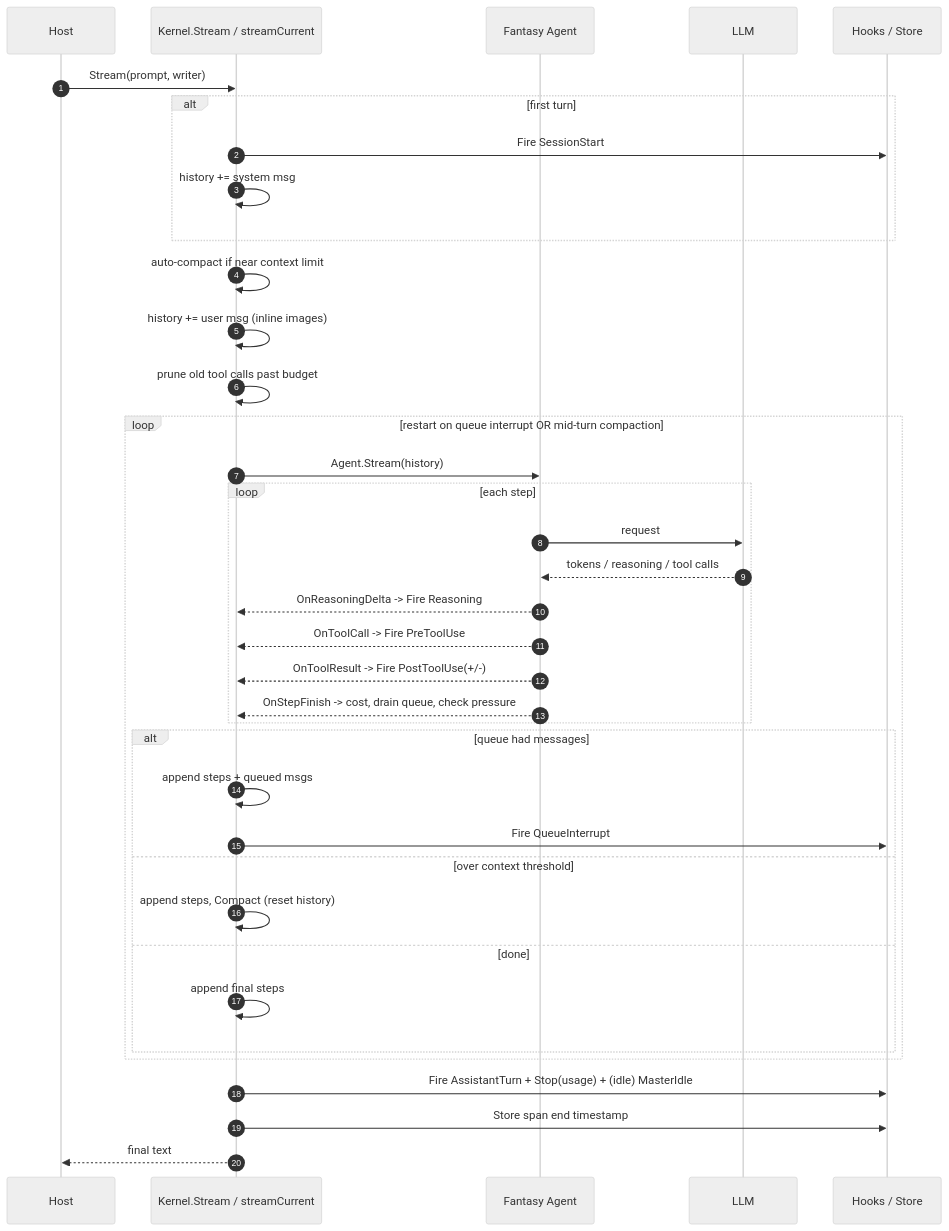
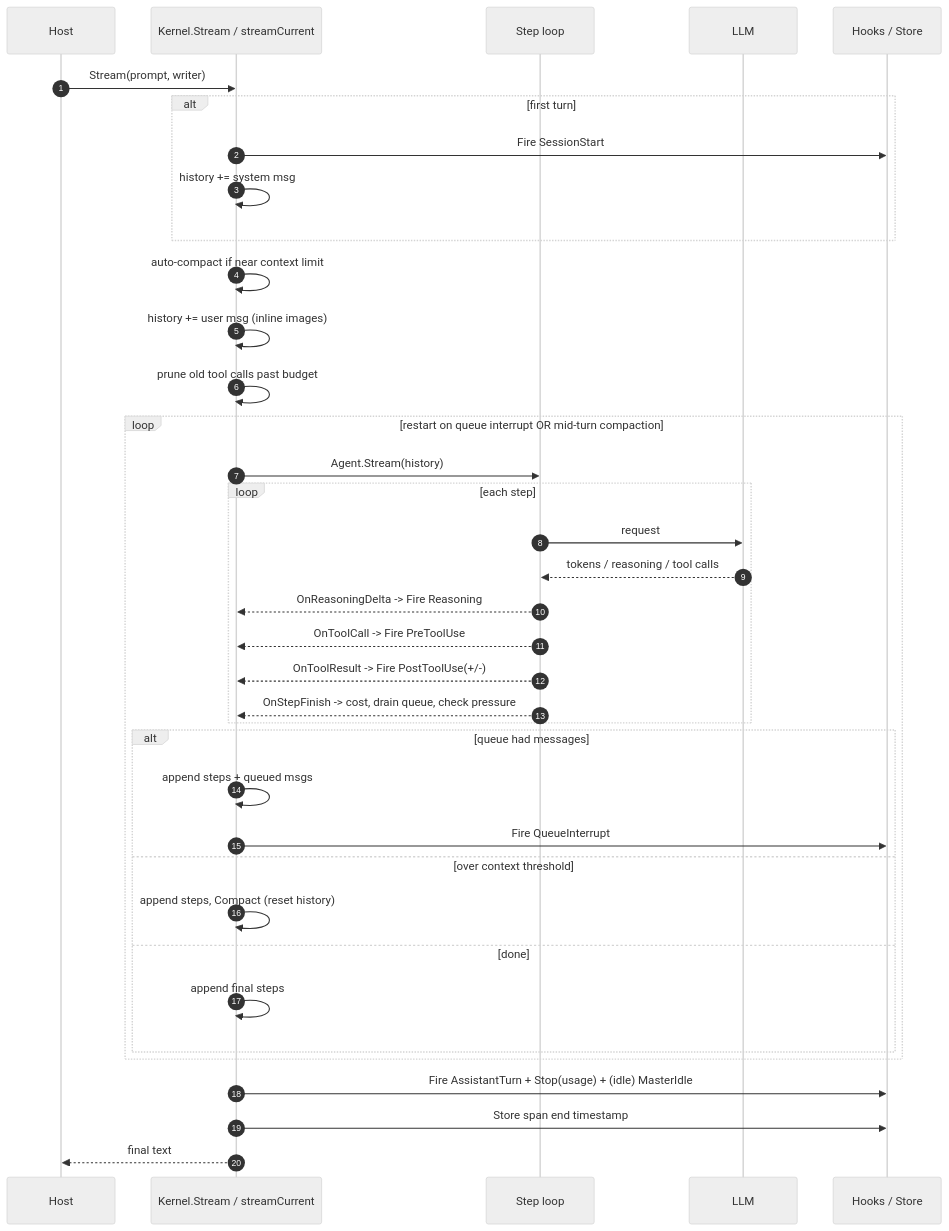
One commit to yashbonde/toroid-kernel changed the second of 7 diagrams in assets/ARCHITECTURE.md. Above: the diagram before and after it, drawn with Mermaid (neutral theme). The commit also changed other lines of this file and 76 other files, not shown here.

````diff
--- a/assets/ARCHITECTURE.md
+++ b/assets/ARCHITECTURE.md
@@ -67,42 +67,42 @@
 ```mermaid
 sequenceDiagram
   autonumber
   participant H as Host
   participant K as Kernel.Stream / streamCurrent
-  participant F as Fantasy Agent
+  participant F as Step loop
   participant L as LLM
   participant B as Hooks / Store
 
   H->>K: Stream(prompt, writer)
   alt first turn
     K->>B: Fire SessionStart
     K->>K: history += system msg
   end
   K->>K: auto-compact if near context limit
   K->>K: history += user msg (inline images)
   K->>K: prune old tool calls past budget
 
   loop restart on queue interrupt OR mid-turn compaction
     K->>F: Agent.Stream(history)
     loop each step
       F->>L: request
       L-->>F: tokens / reasoning / tool calls
       F-->>K: OnReasoningDelta -> Fire Reasoning
       F-->>K: OnToolCall -> Fire PreToolUse
       F-->>K: OnToolResult -> Fire PostToolUse(+/-)
       F-->>K: OnStepFinish -> cost, drain queue, check pressure
     end
     alt queue had messages
       K->>K: append steps + queued msgs
       K->>B: Fire QueueInterrupt
     else over context threshold
       K->>K: append steps, Compact (reset history)
     else done
       K->>K: append final steps
     end
   end
 
   K->>B: Fire AssistantTurn + Stop(usage) + (idle) MasterIdle
   K->>B: Store span end timestamp
   K-->>H: final text
 ```
````
